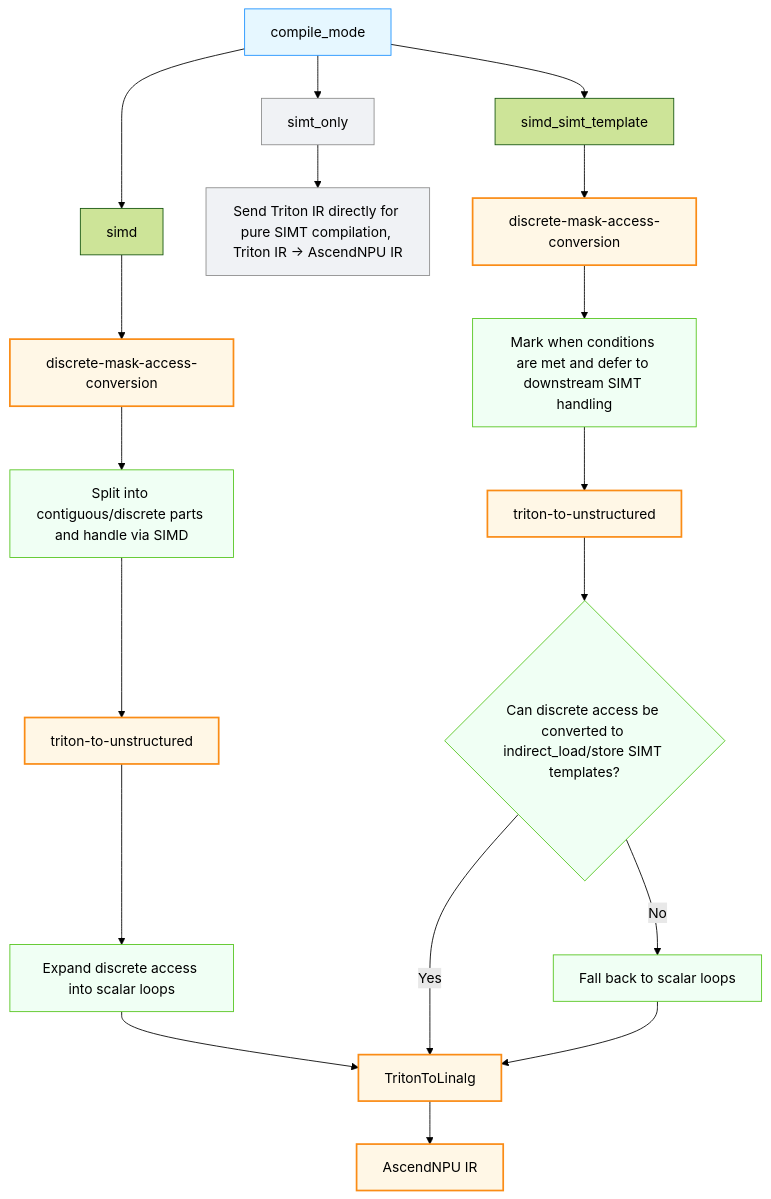
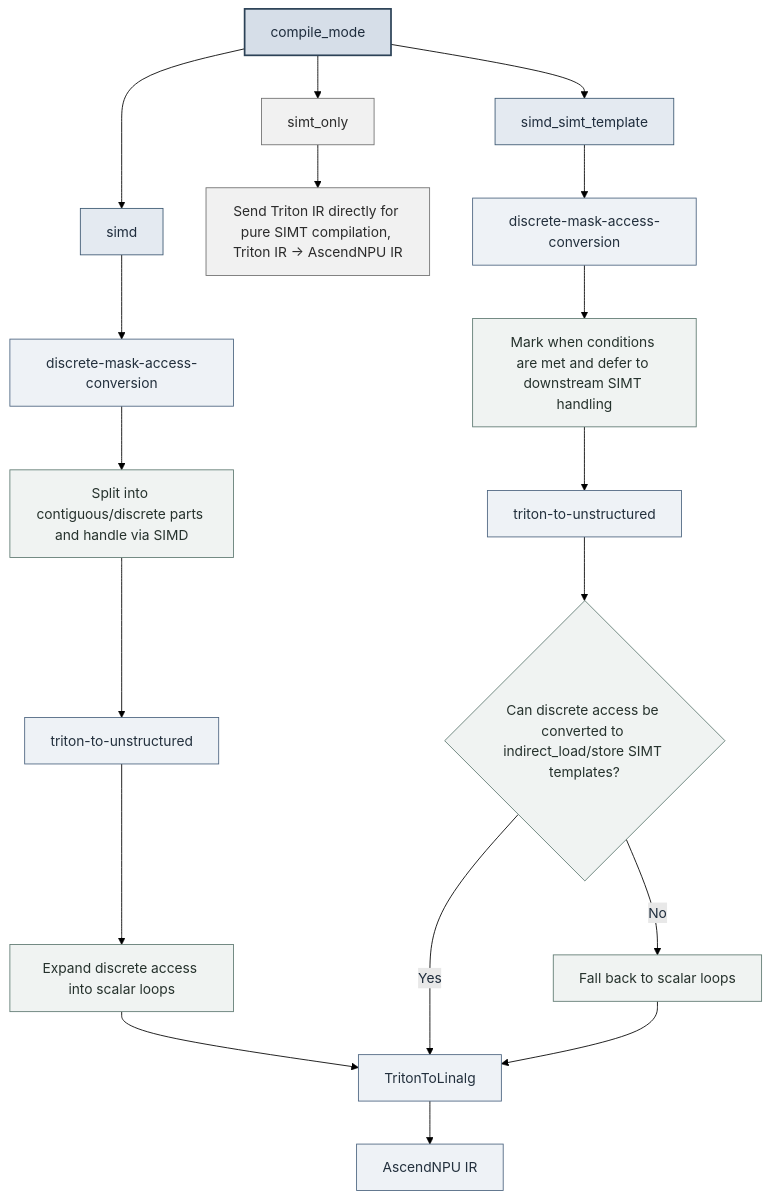
The diagram in docs/en/architecture_design_and_core_features.md (Geofeng12138/triton-ascend), drawn with Mermaid (forest theme) before and after one commit. The commit also changed other lines of this file and 3 other files, not shown here.

Commit message:
[docs](fix) Architecture Design Document Structure Optimization (#2467)

````diff
--- a/docs/en/architecture_design_and_core_features.md
+++ b/docs/en/architecture_design_and_core_features.md
@@ -242,38 +245,40 @@
 ```mermaid
 flowchart TD
     A[compile_mode] --> B["simd"]
     A --> C["simd_simt_template"]
     A --> D["simt_only"]
 
     %% simt_only branch
     D --> D1[Send Triton IR directly for pure SIMT compilation, Triton IR → AscendNPU IR]
 
     %% simd full path
     B --> B1[discrete-mask-access-conversion]
     B1 --> B2[Split into contiguous/discrete parts and handle via SIMD]
     B2 --> B3[triton-to-unstructured]
     B3 --> B4[Expand discrete access into scalar loops]
     B4 --> B5[TritonToLinalg]
     B5 --> B6[AscendNPU IR]
 
     %% simd_simt_template full path
     C --> C1[discrete-mask-access-conversion]
     C1 --> C2[Mark when conditions are met and defer to downstream SIMT handling]
     C2 --> C3[triton-to-unstructured]
     C3 --> C4{Can discrete access be converted to indirect_load/store SIMT templates?}
     C4 -- Yes --> B5
     C4 -- No --> C5[Fall back to scalar loops]
     C5 --> B5
 
-    %% styling
-    classDef root fill:#e6f7ff,stroke:#1890ff
-    classDef pass fill:#fff7e6,stroke:#fa8c16,stroke-width:2px
-    classDef logic fill:#f0fff4,stroke:#52c41a
-    classDef simtOnly fill:#f0f2f5,stroke:#8c8c8c
+    %% styling (low-saturation steel blue / blue-grey / neutral grey, calm and professional)
+    classDef root fill:#d6dee8,stroke:#2c4257,stroke-width:2px,color:#1f2d3d
+    classDef mode fill:#e4eaf1,stroke:#3c5872,color:#1f2d3d
+    classDef pass fill:#eef2f6,stroke:#4d6580,color:#23303d
+    classDef logic fill:#f0f3f2,stroke:#5f7a72,color:#26322d
+    classDef simtOnly fill:#f1f1f1,stroke:#707070,color:#2b2b2b
 
     %% binding styles
     class A root
+    class B,C mode
     class B1,C1,B3,C3,B5,B6 pass
     class B2,B4,C2,C4,C5 logic
     class D,D1 simtOnly
 ```
````
